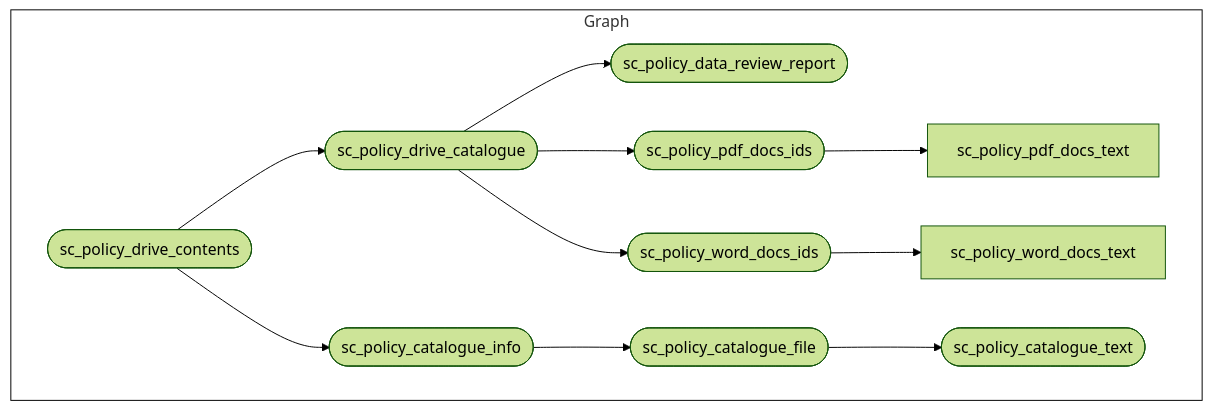
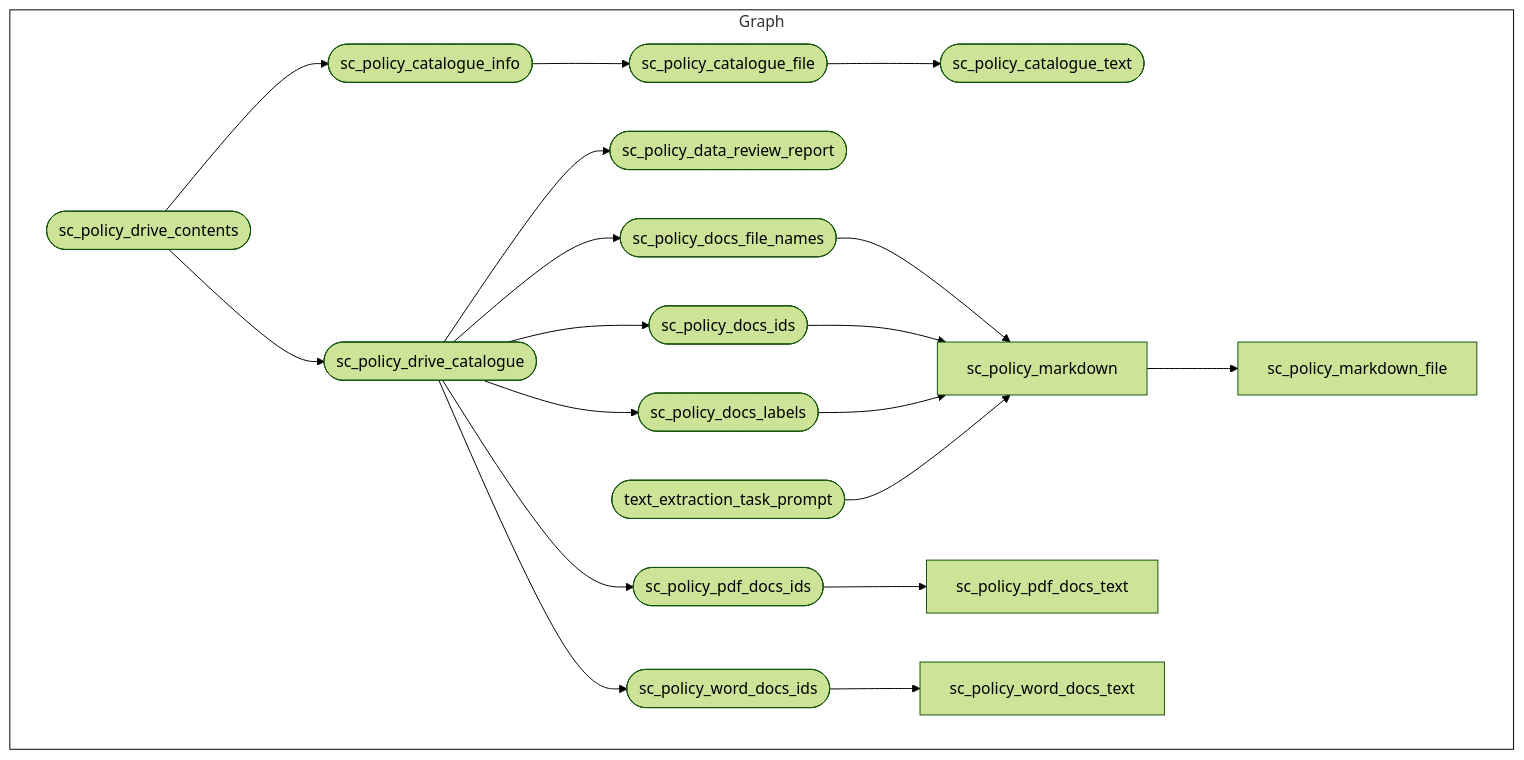
The diagram in README.md (OxfordIHTM/seypol), drawn with Mermaid (forest theme) before and after one commit. The commit also changed other lines of this file and 2 other files, not shown here.

````diff
--- a/README.md
+++ b/README.md
@@ -123,16 +128,25 @@
 ``` mermaid
 graph LR
   style Graph fill:#FFFFFF00,stroke:#000000;
   subgraph Graph
     direction LR
-    xb70e8be842aaaf39(["sc_policy_drive_catalogue"]):::uptodate --> xb4589fbef13db1c8(["sc_policy_data_review_report"]):::uptodate
-    xb70e8be842aaaf39(["sc_policy_drive_catalogue"]):::uptodate --> x677847acaae4d32d(["sc_policy_pdf_docs_ids"]):::uptodate
-    xffe29aeaee157f80(["sc_policy_drive_contents"]):::uptodate --> x86e06af7b6a479ee(["sc_policy_catalogue_info"]):::outdated
-    xb70e8be842aaaf39(["sc_policy_drive_catalogue"]):::uptodate --> x4a9dec0b959c7d0a(["sc_policy_word_docs_ids"]):::uptodate
-    xffe29aeaee157f80(["sc_policy_drive_contents"]):::uptodate --> xb70e8be842aaaf39(["sc_policy_drive_catalogue"]):::uptodate
-    x677847acaae4d32d(["sc_policy_pdf_docs_ids"]):::uptodate --> xf64fe3c990ad5884["sc_policy_pdf_docs_text"]:::uptodate
-    x86e06af7b6a479ee(["sc_policy_catalogue_info"]):::outdated --> xcf90ec254633ca52(["sc_policy_catalogue_file"]):::outdated
-    x4a9dec0b959c7d0a(["sc_policy_word_docs_ids"]):::uptodate --> xd5982ac7eedf24f2["sc_policy_word_docs_text"]:::uptodate
-    xcf90ec254633ca52(["sc_policy_catalogue_file"]):::outdated --> x19ba61a7d210e288(["sc_policy_catalogue_text"]):::outdated
+    x8d6cb232693ec2bd(["sc_policy_catalogue_info"]):::outdated --> x463e9687a755ea1f(["sc_policy_catalogue_file"]):::outdated
+    x5e7ccb22ceeee8bc(["sc_policy_drive_contents"]):::outdated --> x8d6cb232693ec2bd(["sc_policy_catalogue_info"]):::outdated
+    x463e9687a755ea1f(["sc_policy_catalogue_file"]):::outdated --> x762e8a6370ff7286(["sc_policy_catalogue_text"]):::outdated
+    xd2d008f1c464dae2(["sc_policy_drive_catalogue"]):::outdated --> x0213d3acdfc48626(["sc_policy_data_review_report"]):::outdated
+    xd2d008f1c464dae2(["sc_policy_drive_catalogue"]):::outdated --> xa5e9820ec774cf1f(["sc_policy_docs_file_names"]):::outdated
+    xd2d008f1c464dae2(["sc_policy_drive_catalogue"]):::outdated --> x8d87fc6cc54523e3(["sc_policy_docs_ids"]):::outdated
+    xd2d008f1c464dae2(["sc_policy_drive_catalogue"]):::outdated --> x7ef01fbef9fccbbe(["sc_policy_docs_labels"]):::outdated
+    x5e7ccb22ceeee8bc(["sc_policy_drive_contents"]):::outdated --> xd2d008f1c464dae2(["sc_policy_drive_catalogue"]):::outdated
+    xa5e9820ec774cf1f(["sc_policy_docs_file_names"]):::outdated --> x044b00013eb39812["sc_policy_markdown"]:::outdated
+    x8d87fc6cc54523e3(["sc_policy_docs_ids"]):::outdated --> x044b00013eb39812["sc_policy_markdown"]:::outdated
+    x7ef01fbef9fccbbe(["sc_policy_docs_labels"]):::outdated --> x044b00013eb39812["sc_policy_markdown"]:::outdated
+    x1b466685f9e11517(["text_extraction_task_prompt"]):::uptodate --> x044b00013eb39812["sc_policy_markdown"]:::outdated
+    x044b00013eb39812["sc_policy_markdown"]:::outdated --> xbd612e9dc82447c3["sc_policy_markdown_file"]:::outdated
+    xd2d008f1c464dae2(["sc_policy_drive_catalogue"]):::outdated --> x8905c86b68f40ec5(["sc_policy_pdf_docs_ids"]):::outdated
+    x8905c86b68f40ec5(["sc_policy_pdf_docs_ids"]):::outdated --> xd96542c0567331d8["sc_policy_pdf_docs_text"]:::outdated
+    xd2d008f1c464dae2(["sc_policy_drive_catalogue"]):::outdated --> xc74dba881a897b12(["sc_policy_word_docs_ids"]):::outdated
+    xc74dba881a897b12(["sc_policy_word_docs_ids"]):::outdated --> xa6ac053d07a1ae95["sc_policy_word_docs_text"]:::outdated
+    
   end
 ```
````
